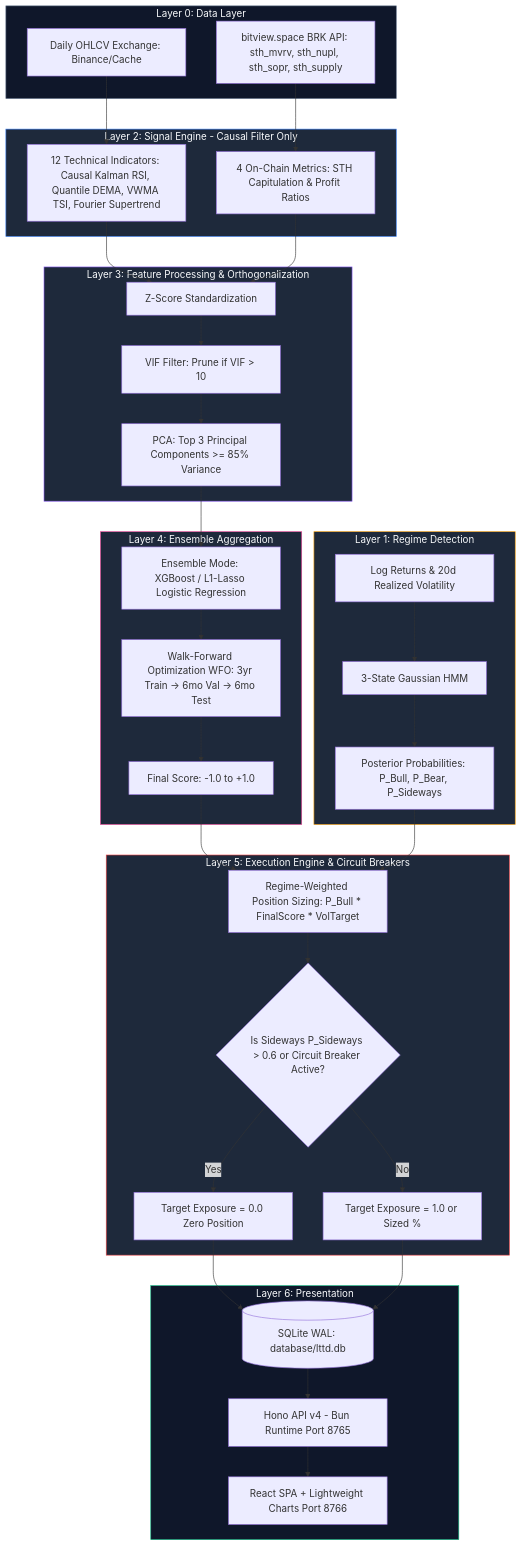
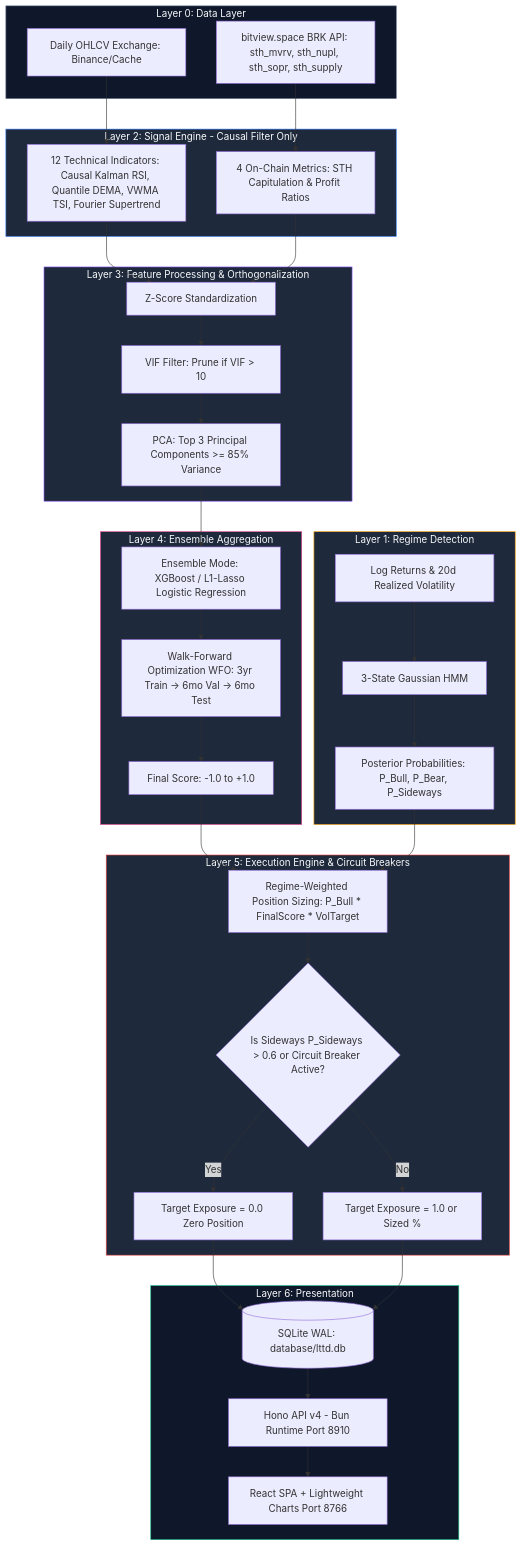
One commit to lutfi-zain/quant.maftia.tech changed the diagram in docs/02_quant_btc_lttd_system.md. Above: the diagram before and after it, drawn with Mermaid. The commit also changed other lines of this file and 17 other files, not shown here.

````diff
--- a/docs/02_quant_btc_lttd_system.md
+++ b/docs/02_quant_btc_lttd_system.md
@@ -26,55 +27,55 @@
 ```mermaid
 graph TD
     subgraph Layer0 [Layer 0: Data Layer]
         D1[bitview.space BRK API: sth_mvrv, sth_nupl, sth_sopr, sth_supply]
         D2[Daily OHLCV Exchange: Binance/Cache]
     end
 
     subgraph Layer1 [Layer 1: Regime Detection]
         R1[Log Returns & 20d Realized Volatility] --> R2[3-State Gaussian HMM]
         R2 --> R3[Posterior Probabilities: P_Bull, P_Bear, P_Sideways]
     end
 
     subgraph Layer2 [Layer 2: Signal Engine - Causal Filter Only]
         S1[12 Technical Indicators: Causal Kalman RSI, Quantile DEMA, VWMA TSI, Fourier Supertrend]
         S2[4 On-Chain Metrics: STH Capitulation & Profit Ratios]
         D1 --> S2
         D2 --> S1
     end
 
     subgraph Layer3 [Layer 3: Feature Processing & Orthogonalization]
         S1 --> FP1[Z-Score Standardization]
         S2 --> FP1
         FP1 --> FP2[VIF Filter: Prune if VIF > 10]
         FP2 --> FP3[PCA: Top 3 Principal Components >= 85% Variance]
     end
 
     subgraph Layer4 [Layer 4: Ensemble Aggregation]
         FP3 --> E1[Ensemble Mode: XGBoost / L1-Lasso Logistic Regression]
         E1 --> E2[Walk-Forward Optimization WFO: 3yr Train -> 6mo Val -> 6mo Test]
         E2 --> E3[Final Score: -1.0 to +1.0]
     end
 
     subgraph Layer5 [Layer 5: Execution Engine & Circuit Breakers]
         E3 --> EX1[Regime-Weighted Position Sizing: P_Bull * FinalScore * VolTarget]
         R3 --> EX1
         EX1 --> EX2{Is Sideways P_Sideways > 0.6 or Circuit Breaker Active?}
         EX2 -->|Yes| EX3[Target Exposure = 0.0 Zero Position]
         EX2 -->|No| EX4[Target Exposure = 1.0 or Sized %]
     end
 
     subgraph Layer6 [Layer 6: Presentation]
         EX3 --> PR1[(SQLite WAL: database/lttd.db)]
         EX4 --> PR1
-        PR1 --> PR2[Hono API v4 - Bun Runtime Port 8765]
+        PR1 --> PR2[Hono API v4 - Bun Runtime Port 8910]
         PR2 --> PR3[React SPA + Lightweight Charts Port 8766]
     end
 
     style Layer0 fill:#0f172a,stroke:#64748b,color:#f8fafc
     style Layer1 fill:#1e293b,stroke:#f59e0b,color:#f8fafc
     style Layer2 fill:#1e293b,stroke:#3b82f6,color:#f8fafc
     style Layer3 fill:#1e293b,stroke:#8b5cf6,color:#f8fafc
     style Layer4 fill:#1e293b,stroke:#ec4899,color:#f8fafc
     style Layer5 fill:#1e293b,stroke:#ef4444,color:#f8fafc
     style Layer6 fill:#0f172a,stroke:#10b981,color:#f8fafc
 ```
````
